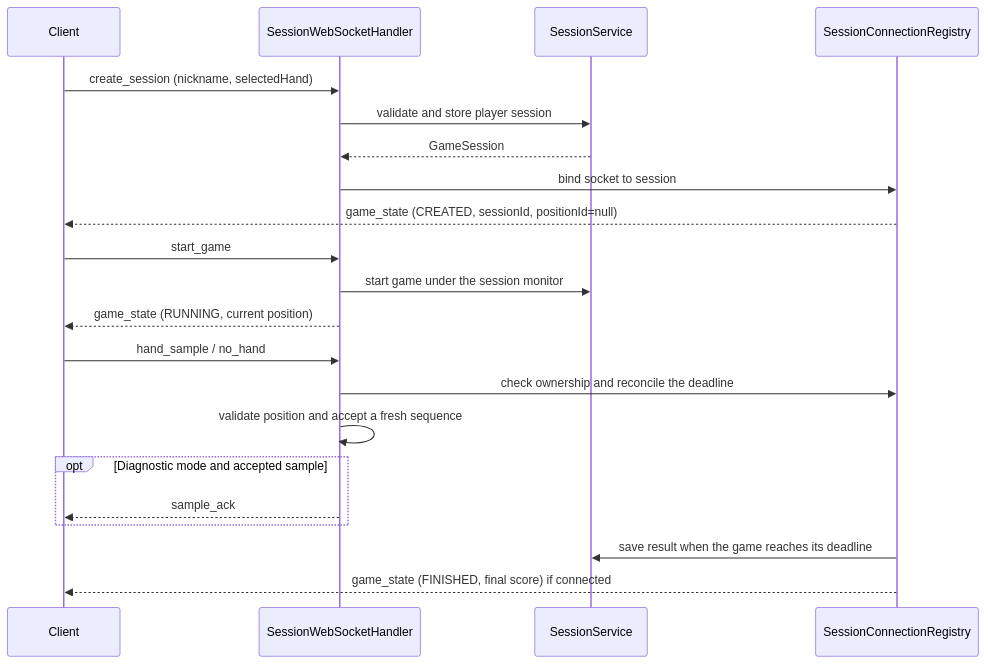
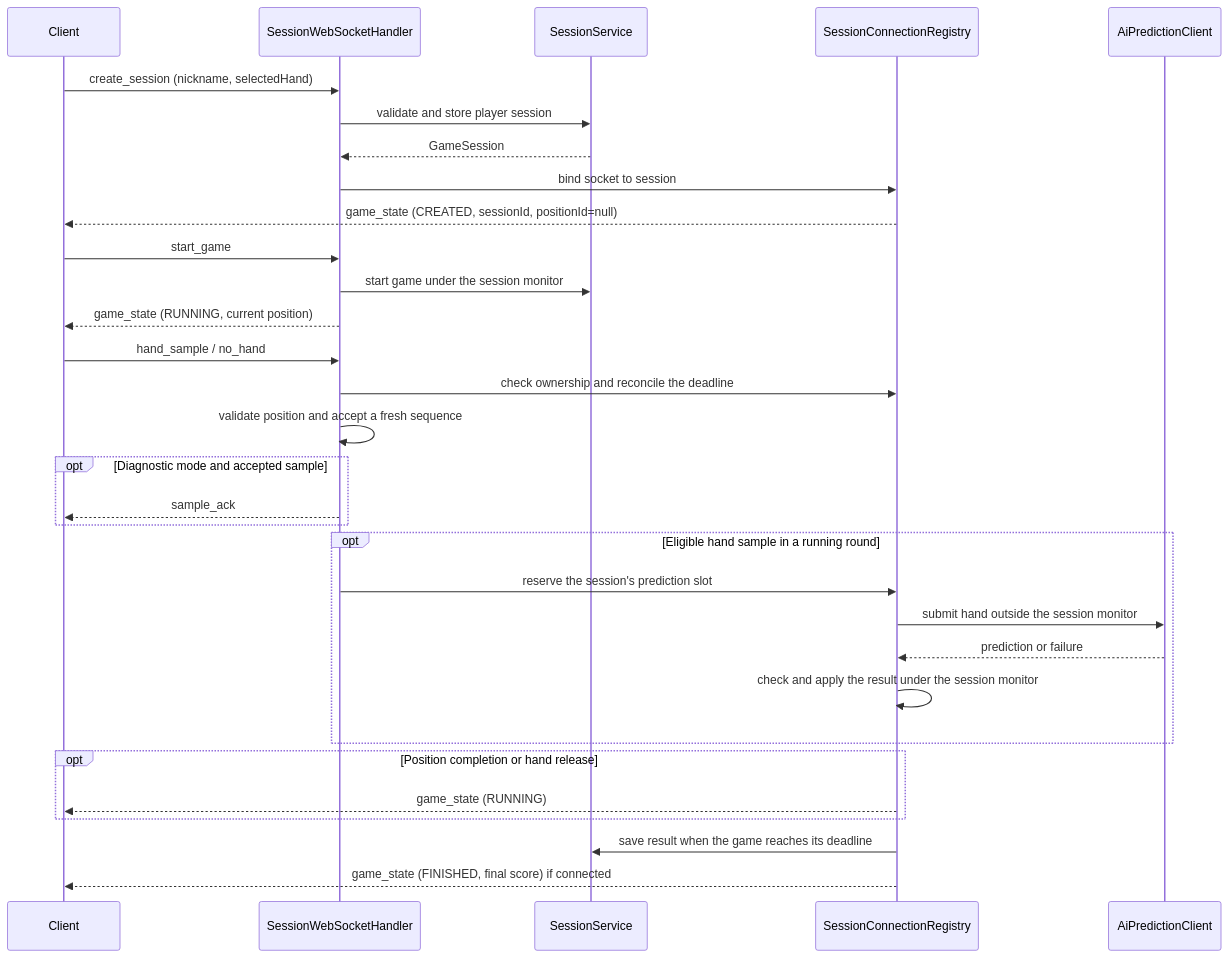
One commit to PJATK-AI/SLLAPP-ScienceCom-2026 changed the first of 2 diagrams in docs/backend-architecture.md. Above: the diagram before and after it, drawn with Mermaid. The commit also changed other lines of this file and 12 other files, not shown here.

````diff
--- a/docs/backend-architecture.md
+++ b/docs/backend-architecture.md
@@ -139,23 +147,33 @@
 ```mermaid
 sequenceDiagram
     participant Client
     participant WS as SessionWebSocketHandler
     participant Sessions as SessionService
     participant Connections as SessionConnectionRegistry
+    participant AI as AiPredictionClient
     Client->>WS: create_session (nickname, selectedHand)
     WS->>Sessions: validate and store player session
     Sessions-->>WS: GameSession
     WS->>Connections: bind socket to session
     Connections-->>Client: game_state (CREATED, sessionId, positionId=null)
     Client->>WS: start_game
     WS->>Sessions: start game under the session monitor
     WS-->>Client: game_state (RUNNING, current position)
     Client->>WS: hand_sample / no_hand
     WS->>Connections: check ownership and reconcile the deadline
     WS->>WS: validate position and accept a fresh sequence
     opt Diagnostic mode and accepted sample
         WS-->>Client: sample_ack
     end
+    opt Eligible hand sample in a running round
+        WS->>Connections: reserve the session's prediction slot
+        Connections->>AI: submit hand outside the session monitor
+        AI-->>Connections: prediction or failure
+        Connections->>Connections: check and apply the result under the session monitor
+    end
+    opt Position completion or hand release
+        Connections-->>Client: game_state (RUNNING)
+    end
     Connections->>Sessions: save result when the game reaches its deadline
     Connections-->>Client: game_state (FINISHED, final score) if connected
 ```
````
